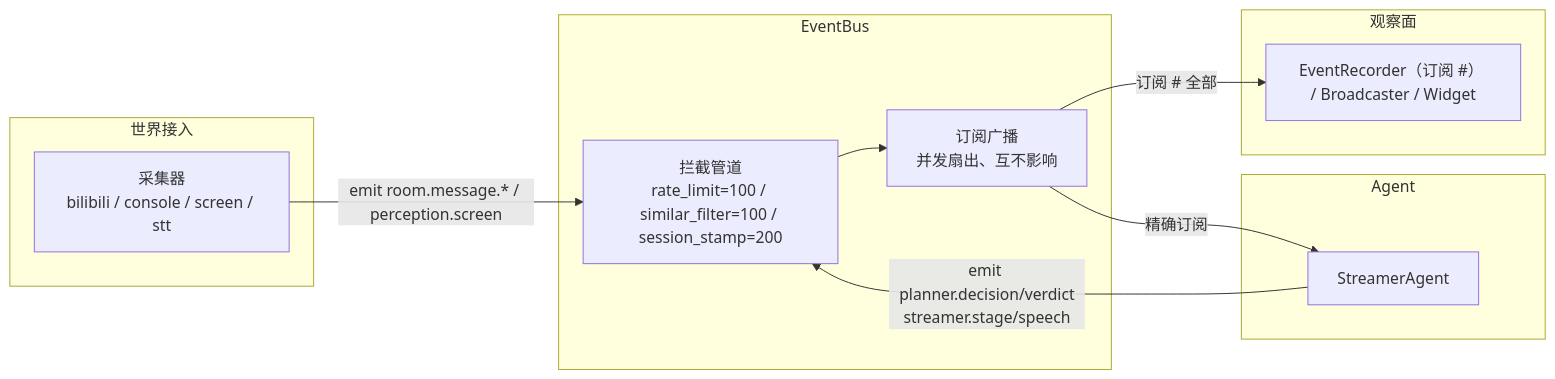
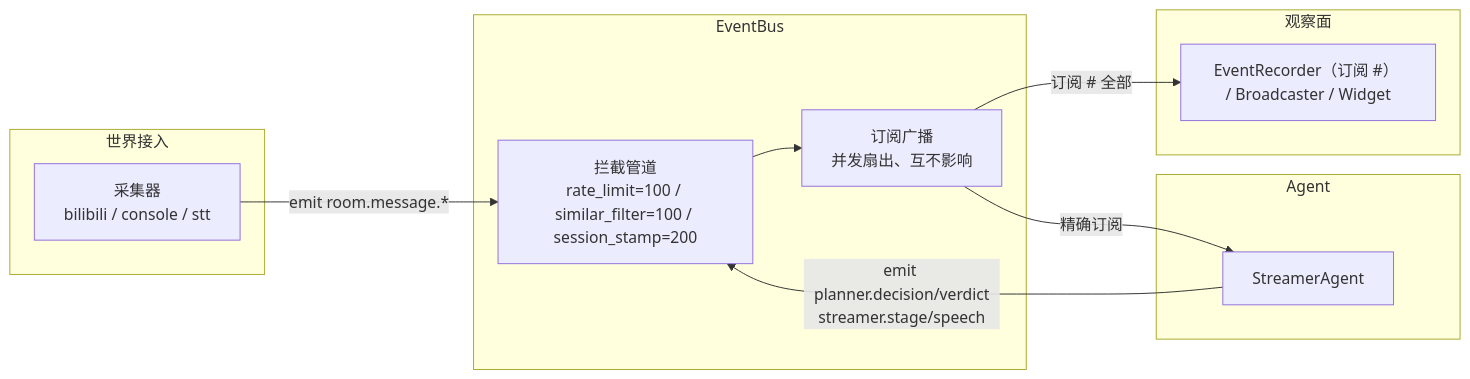
One commit to LittleSadSheep/Amaidesu changed the diagram in docs/architecture/event-system.md. Above: the diagram before and after it, drawn with Mermaid. The commit also changed other lines of this file and 5 other files, not shown here.

````diff
--- a/docs/architecture/event-system.md
+++ b/docs/architecture/event-system.md
@@ -31,25 +31,25 @@
 ```mermaid
 flowchart LR
     subgraph 世界接入
-        IC[采集器<br/>bilibili / console / screen / stt]
+        IC[采集器<br/>bilibili / console / stt]
     end
 
     subgraph EventBus
         PIPE[拦截管道<br/>rate_limit=100 / similar_filter=100 / session_stamp=200]
         FAN[订阅广播<br/>并发扇出、互不影响]
     end
 
     subgraph Agent
         AG[StreamerAgent]
     end
 
     subgraph 观察面
         OB[EventRecorder（订阅 #） / Broadcaster / Widget]
     end
 
-    IC -->|emit room.message.* / perception.screen| PIPE
+    IC -->|emit room.message.*| PIPE
     PIPE --> FAN
     FAN -->|精确订阅| AG
     FAN -->|订阅 # 全部| OB
     AG -->|emit planner.decision/verdict<br/>streamer.stage/speech| PIPE
 ```
````
